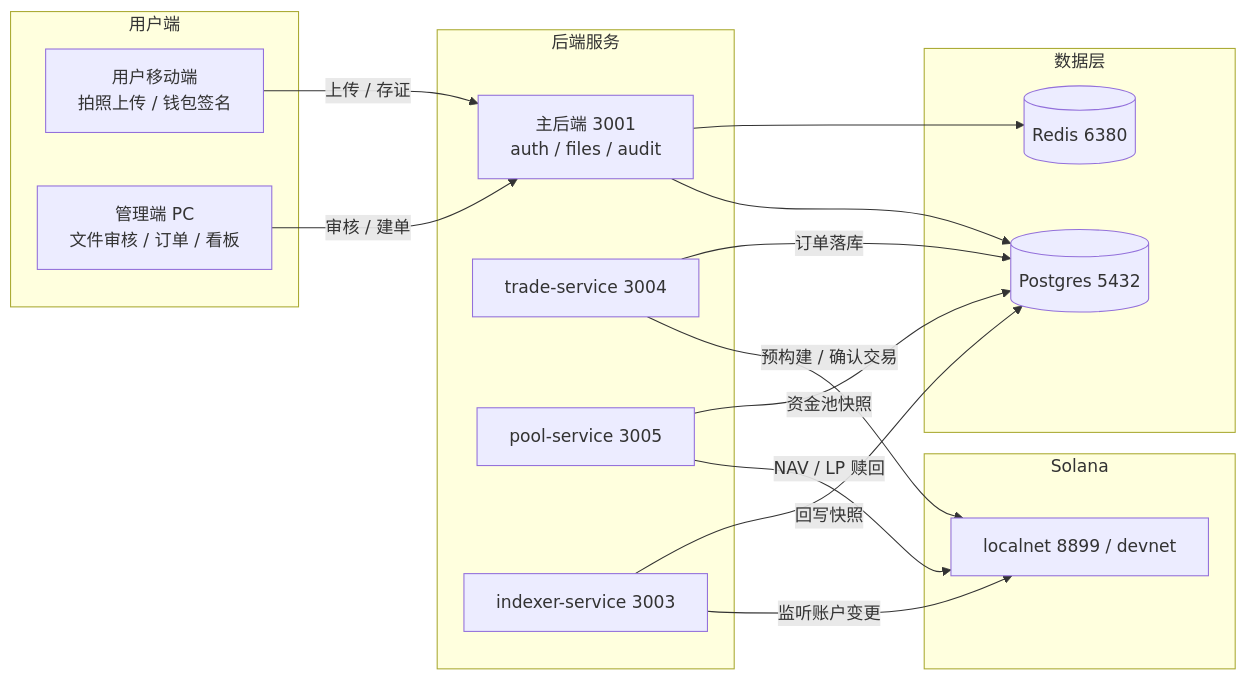
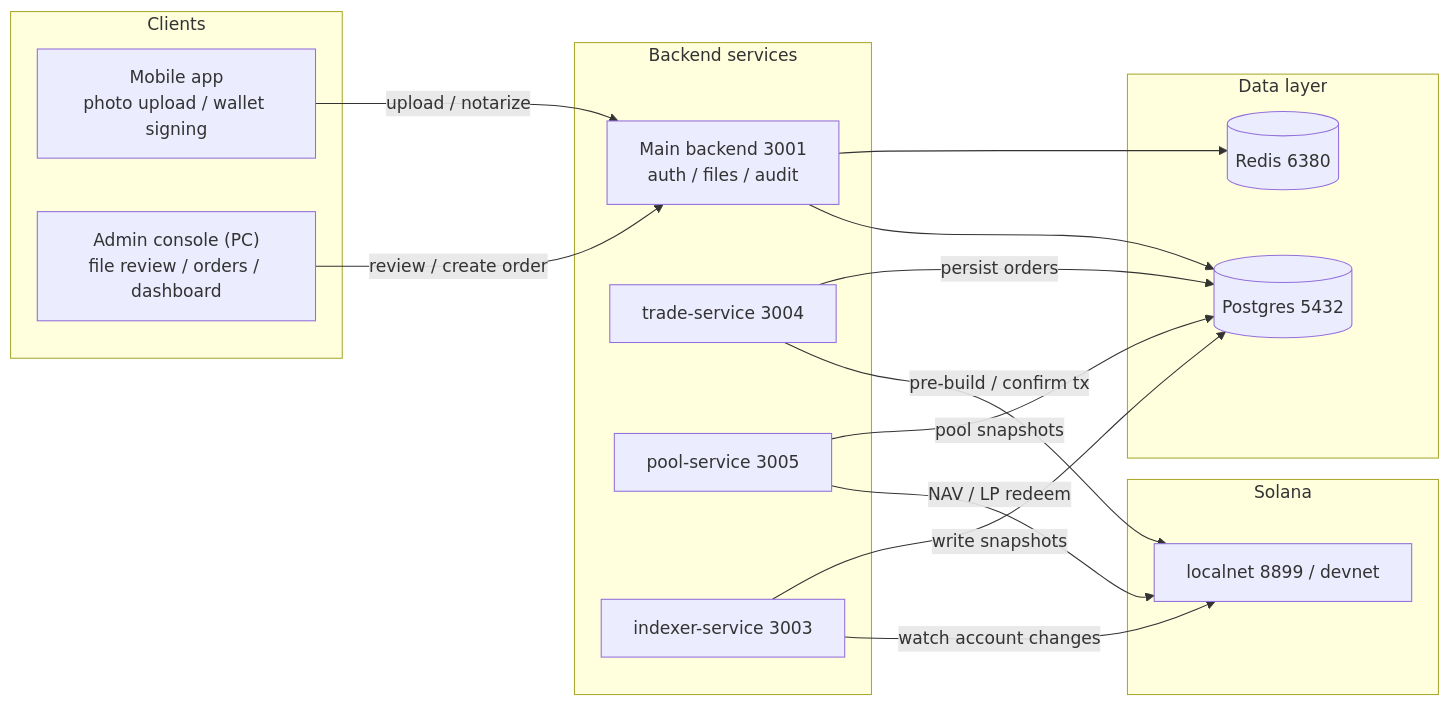
The diagram in README.md (sudorm-rf0/blockchain-supply-chain), drawn with Mermaid before and after one commit. The commit also changed other lines of this file, not shown here.

````diff
--- a/README.md
+++ b/README.md
@@ -48,30 +49,30 @@
 ```mermaid
 flowchart LR
-  subgraph Users["用户端"]
-    M["用户移动端<br/>拍照上传 / 钱包签名"]
-    P["管理端 PC<br/>文件审核 / 订单 / 看板"]
+  subgraph Users["Clients"]
+    M["Mobile app<br/>photo upload / wallet signing"]
+    P["Admin console (PC)<br/>file review / orders / dashboard"]
   end
-  subgraph Services["后端服务"]
-    B["主后端 3001<br/>auth / files / audit"]
+  subgraph Services["Backend services"]
+    B["Main backend 3001<br/>auth / files / audit"]
     T["trade-service 3004"]
     PL["pool-service 3005"]
     I["indexer-service 3003"]
   end
-  subgraph Data["数据层"]
+  subgraph Data["Data layer"]
     PG[("Postgres 5432")]
     RD[("Redis 6380")]
   end
   subgraph Chain["Solana"]
     S["localnet 8899 / devnet"]
   end
-  M -->|上传 / 存证| B
-  P -->|审核 / 建单| B
+  M -->|upload / notarize| B
+  P -->|review / create order| B
   B --> PG
   B --> RD
-  T -->|预构建 / 确认交易| S
-  PL -->|NAV / LP 赎回| S
-  I -->|监听账户变更| S
-  I -->|回写快照| PG
-  T -->|订单落库| PG
-  PL -->|资金池快照| PG
+  T -->|pre-build / confirm tx| S
+  PL -->|NAV / LP redeem| S
+  I -->|watch account changes| S
+  I -->|write snapshots| PG
+  T -->|persist orders| PG
+  PL -->|pool snapshots| PG
 ```
````
